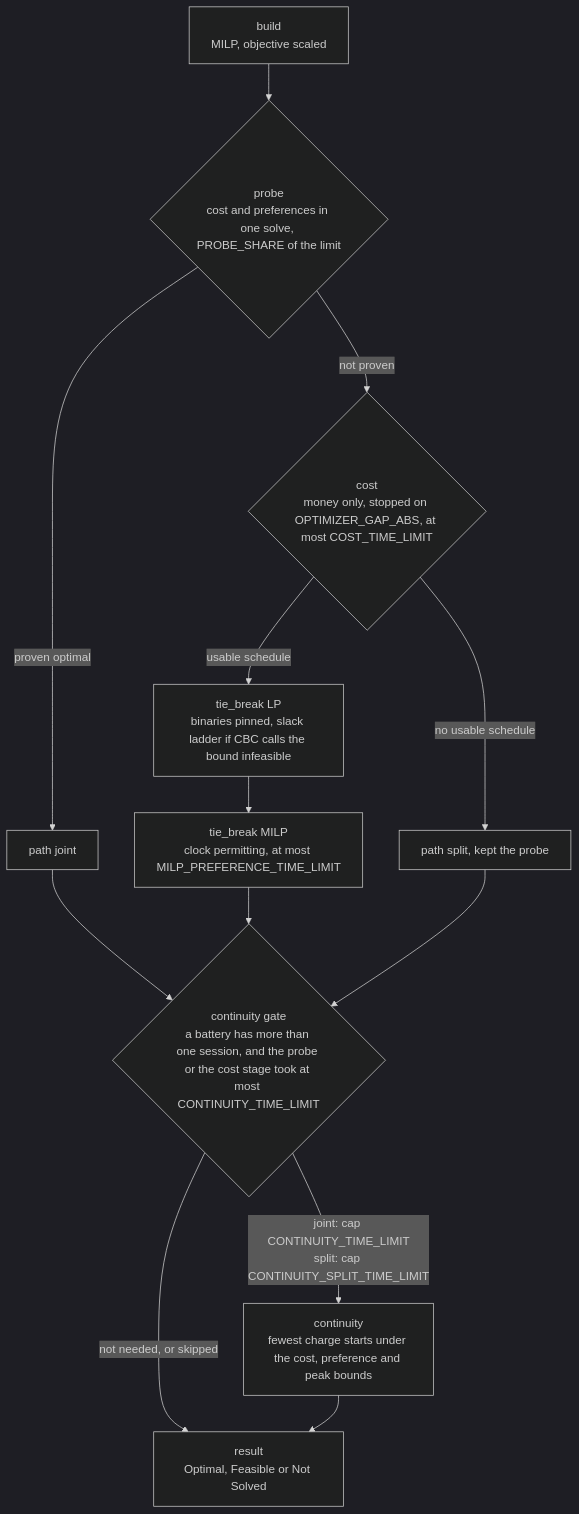
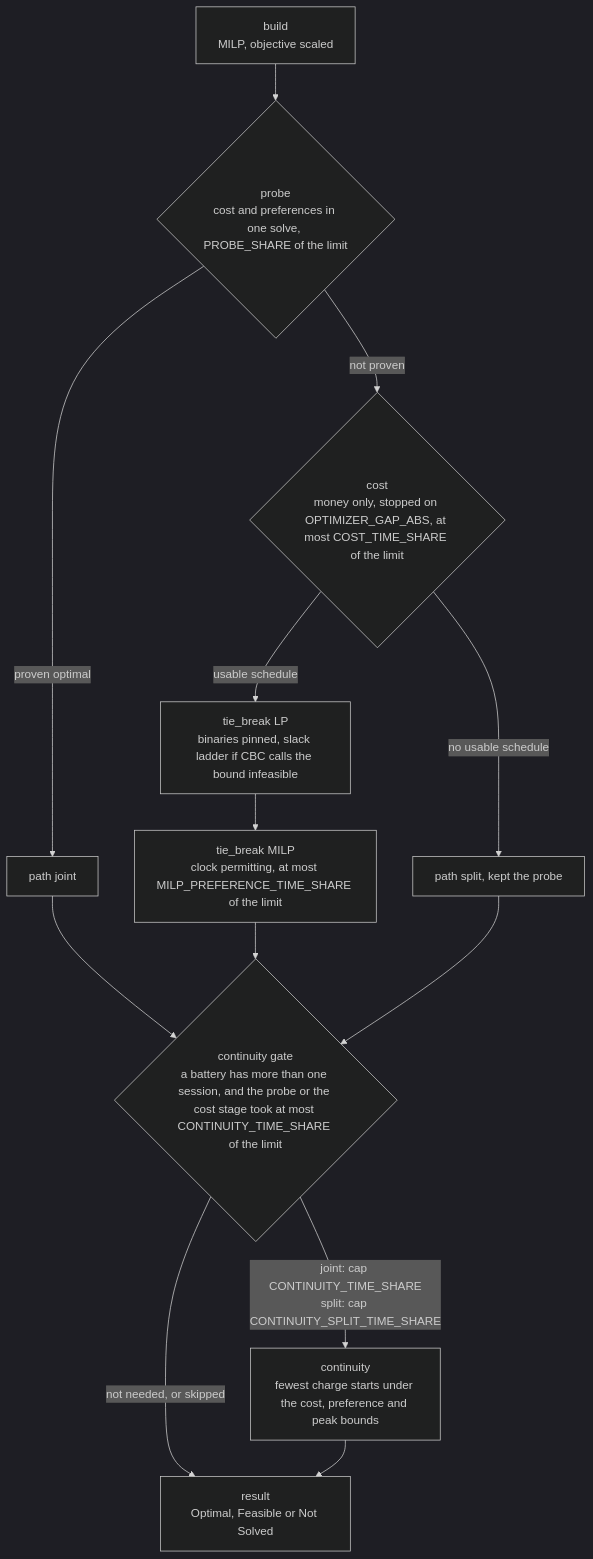
One commit to evcc-io/optimizer changed the diagram in README.md. Above: the diagram before and after it, drawn with Mermaid (dark theme). The commit also changed other lines of this file and 4 other files, not shown here.

First line of the commit message:
feat: scale stage clocks with OPTIMIZER_TIME_LIMIT (closes #303)

````diff
--- a/README.md
+++ b/README.md
@@ -53,16 +53,16 @@
 ```mermaid
 flowchart TD
     build["build<br/>MILP, objective scaled"] --> probe{"probe<br/>cost and preferences in one solve, PROBE_SHARE of the limit"}
     probe -- "proven optimal" --> joint["path joint"]
-    probe -- "not proven" --> cost{"cost<br/>money only, stopped on OPTIMIZER_GAP_ABS, at most COST_TIME_LIMIT"}
+    probe -- "not proven" --> cost{"cost<br/>money only, stopped on OPTIMIZER_GAP_ABS, at most COST_TIME_SHARE of the limit"}
     cost -- "usable schedule" --> lp["tie_break LP<br/>binaries pinned, slack ladder if CBC calls the bound infeasible"]
     cost -- "no usable schedule" --> kept["path split, kept the probe"]
-    lp --> milp["tie_break MILP<br/>clock permitting, at most MILP_PREFERENCE_TIME_LIMIT"]
-    gate{"continuity gate<br/>a battery has more than one session, and the probe or the cost stage took at most CONTINUITY_TIME_LIMIT"}
+    lp --> milp["tie_break MILP<br/>clock permitting, at most MILP_PREFERENCE_TIME_SHARE of the limit"]
+    gate{"continuity gate<br/>a battery has more than one session, and the probe or the cost stage took at most CONTINUITY_TIME_SHARE of the limit"}
     joint --> gate
     milp --> gate
     kept --> gate
-    gate -- "joint: cap CONTINUITY_TIME_LIMIT<br/>split: cap CONTINUITY_SPLIT_TIME_LIMIT" --> continuity["continuity<br/>fewest charge starts under the cost, preference and peak bounds"]
+    gate -- "joint: cap CONTINUITY_TIME_SHARE<br/>split: cap CONTINUITY_SPLIT_TIME_SHARE" --> continuity["continuity<br/>fewest charge starts under the cost, preference and peak bounds"]
     gate -- "not needed, or skipped" --> result
     continuity --> result["result<br/>Optimal, Feasible or Not Solved"]
 ```
````
